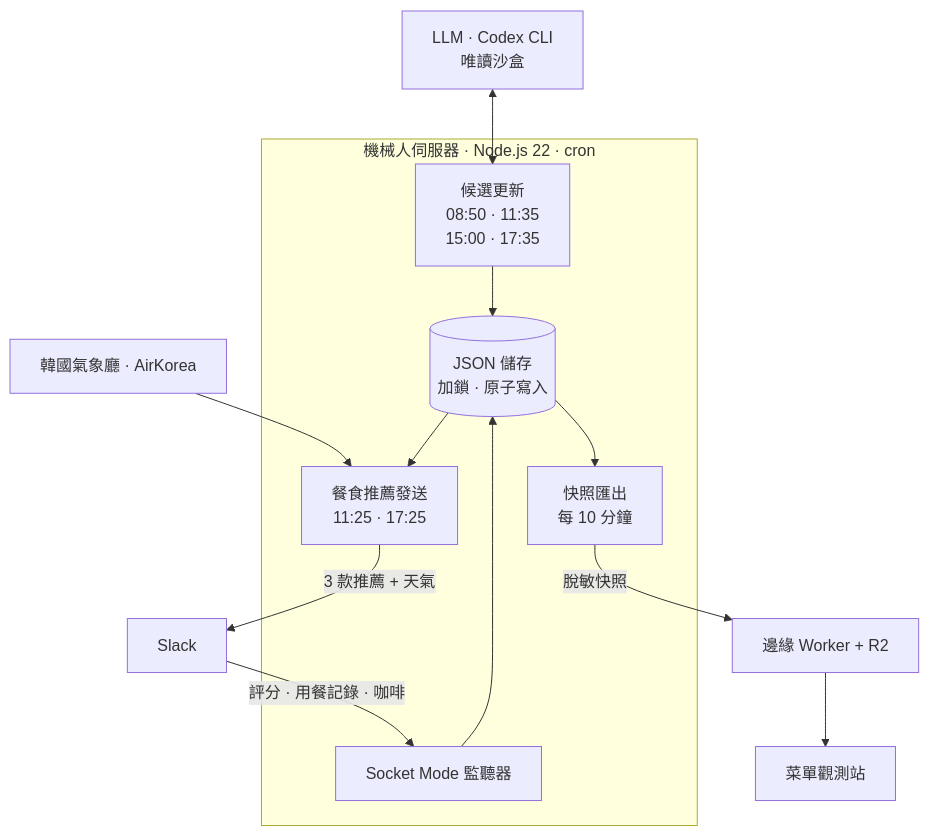
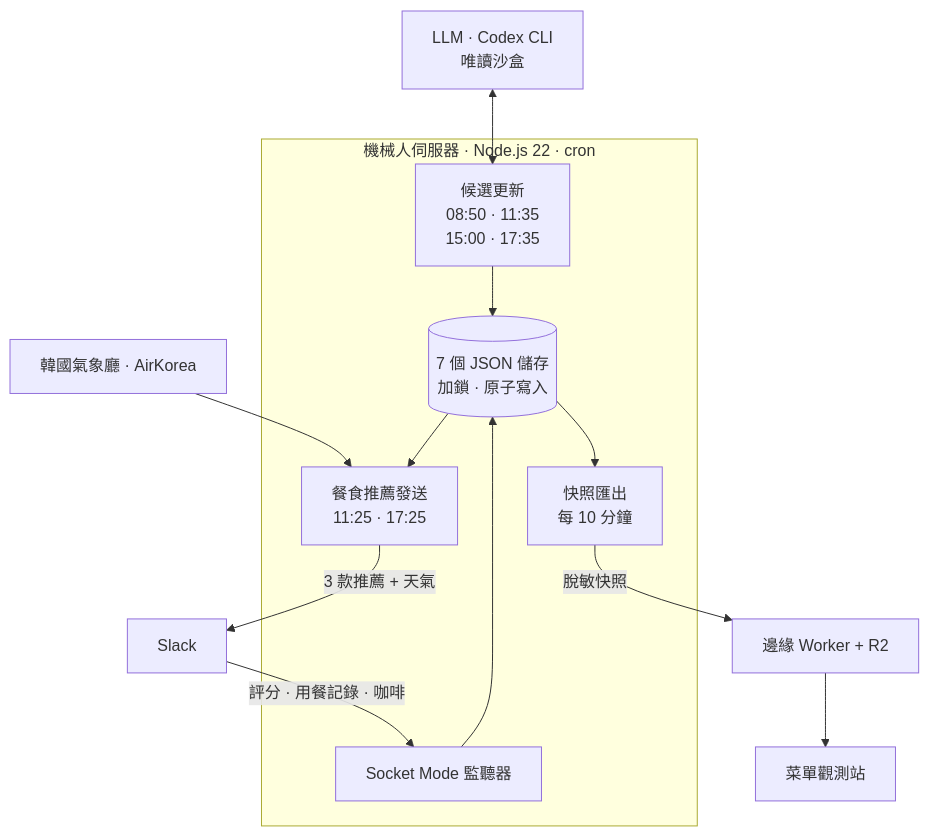
Before and after one commit to jumincho/ojeommwo: the diagram in README.zh-HK.md, drawn with Mermaid. The commit also changed other lines of this file and 4 other files, not shown here.

````diff
--- a/README.zh-HK.md
+++ b/README.zh-HK.md
@@ -46,26 +47,26 @@
 ```mermaid
 flowchart TB
   llm["LLM · Codex CLI<br/>唯讀沙盒"]
   weather["韓國氣象廳 · AirKorea"]
   subgraph bot["機械人伺服器 · Node.js 22 · cron"]
     refresh["候選更新<br/>08:50 · 11:35<br/>15:00 · 17:35"]
     post["餐食推薦發送<br/>11:25 · 17:25"]
-    store[("JSON 儲存<br/>加鎖 · 原子寫入")]
+    store[("7 個 JSON 儲存<br/>加鎖 · 原子寫入")]
     listener["Socket Mode 監聽器"]
     export["快照匯出<br/>每 10 分鐘"]
   end
   slack["Slack"]
   edge["邊緣 Worker + R2"]
   browser["菜單觀測站"]
 
   llm <--> refresh
   weather --> post
   refresh --> store
   store --> post
   post -->|"3 款推薦 + 天氣"| slack
   slack -->|"評分 · 用餐記錄 · 咖啡"| listener
   listener --> store
   store --> export
   export -->|"脫敏快照"| edge
   edge --> browser
 ```
````
